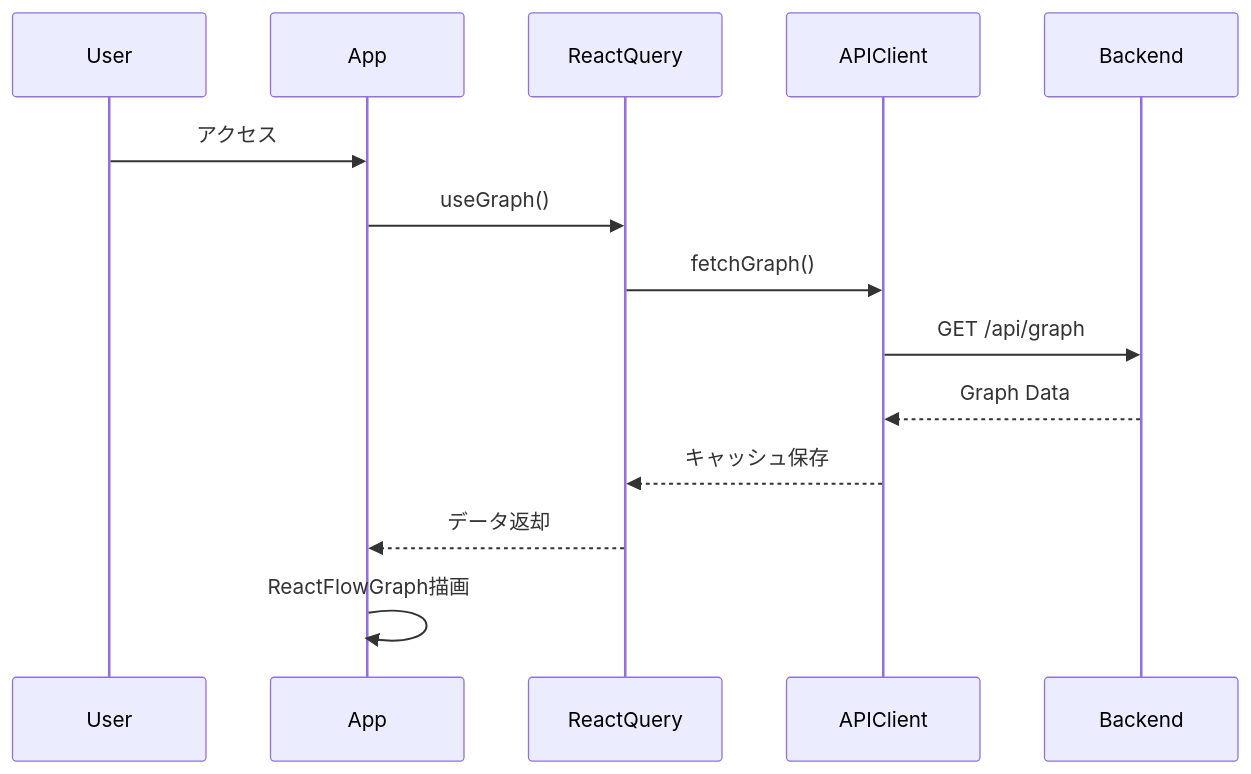
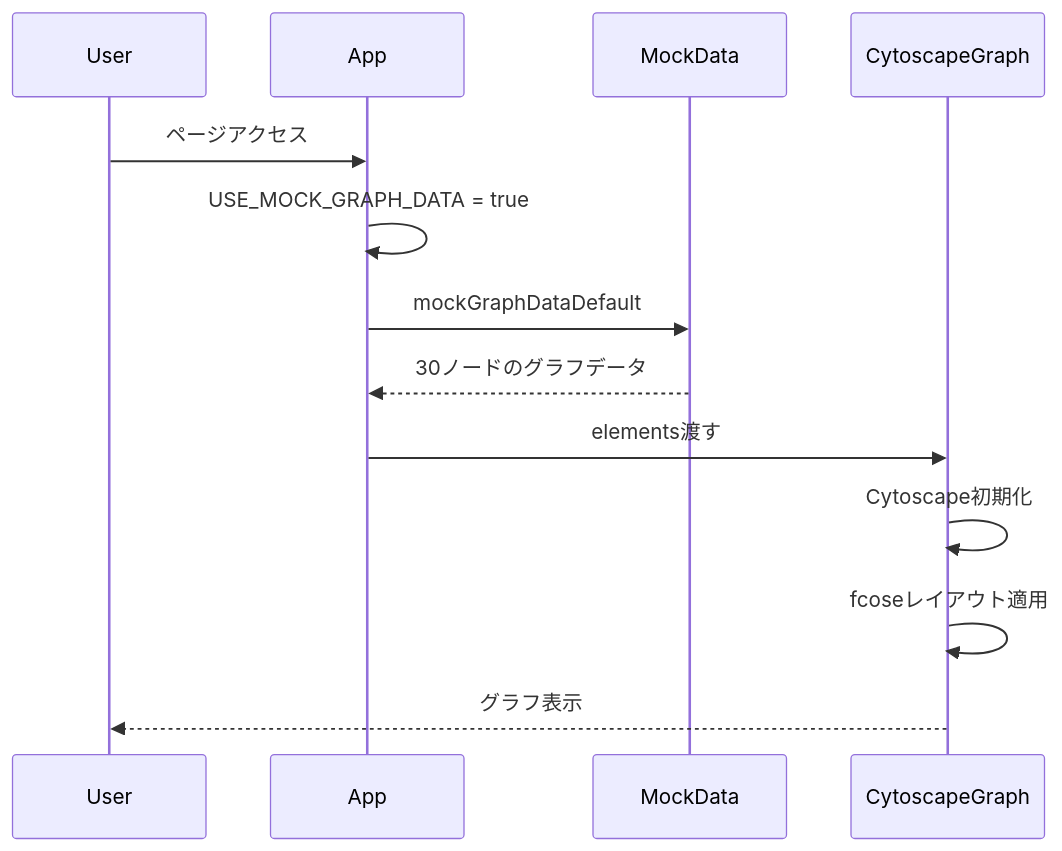
The first of 3 diagrams in ui/docs/ARCHITECTURE.md (higakikeita/tfdrift-falco), drawn with Mermaid before and after one commit. The commit also changed other lines of this file and 2 other files, not shown here.

````diff
--- a/ui/docs/ARCHITECTURE.md
+++ b/ui/docs/ARCHITECTURE.md
@@ -133,17 +231,16 @@
 ```mermaid
 sequenceDiagram
     participant User
     participant App
-    participant ReactQuery
-    participant APIClient
-    participant Backend
+    participant MockData
+    participant CytoscapeGraph
 
-    User->>App: アクセス
-    App->>ReactQuery: useGraph()
-    ReactQuery->>APIClient: fetchGraph()
-    APIClient->>Backend: GET /api/graph
-    Backend-->>APIClient: Graph Data
-    APIClient-->>ReactQuery: キャッシュ保存
-    ReactQuery-->>App: データ返却
-    App->>App: ReactFlowGraph描画
+    User->>App: ページアクセス
+    App->>App: USE_MOCK_GRAPH_DATA = true
+    App->>MockData: mockGraphDataDefault
+    MockData-->>App: 30ノードのグラフデータ
+    App->>CytoscapeGraph: elements渡す
+    CytoscapeGraph->>CytoscapeGraph: Cytoscape初期化
+    CytoscapeGraph->>CytoscapeGraph: fcoseレイアウト適用
+    CytoscapeGraph-->>User: グラフ表示
 ```
````
